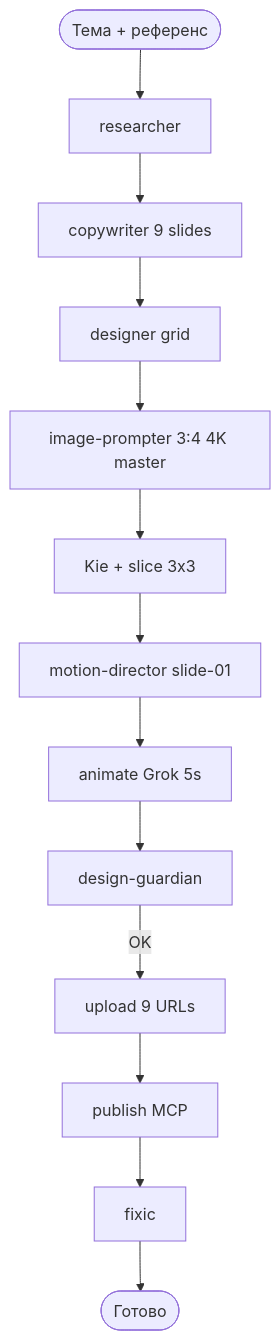
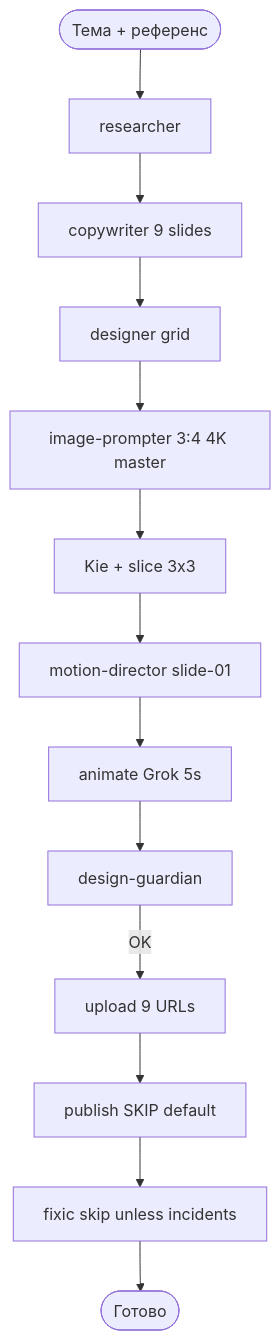
The diagram in AGENT-PIPELINE.md (xvolodyax/Karuselka), drawn with Mermaid before and after one commit. The commit also changed other lines of this file and 10 other files, not shown here.

````diff
--- a/AGENT-PIPELINE.md
+++ b/AGENT-PIPELINE.md
@@ -3,15 +3,15 @@
 ```mermaid
 flowchart TD
     Start([Тема + референс]) --> Res[researcher]
     Res --> Copy[copywriter 9 slides]
     Copy --> Design[designer grid]
     Design --> Prompt[image-prompter 3:4 4K master]
     Prompt --> Slice[Kie + slice 3x3]
     Slice --> Motion[motion-director slide-01]
     Motion --> Anim[animate Grok 5s]
     Anim --> QA[design-guardian]
     QA -->|OK| Upload[upload 9 URLs]
-    Upload --> Pub[publish MCP]
-    Pub --> Fixic[fixic]
+    Upload --> SkipPub[publish SKIP default]
+    SkipPub --> Fixic[fixic skip unless incidents]
     Fixic --> Done([Готово])
 ```
````
